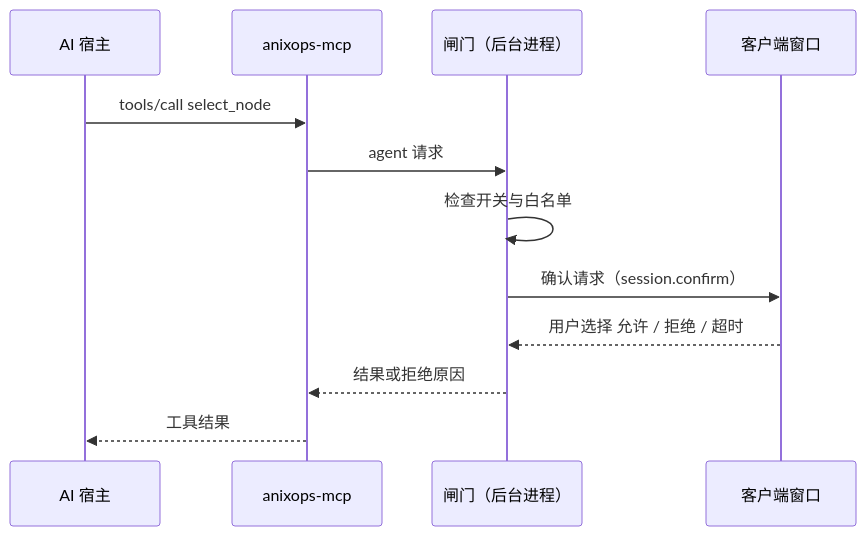
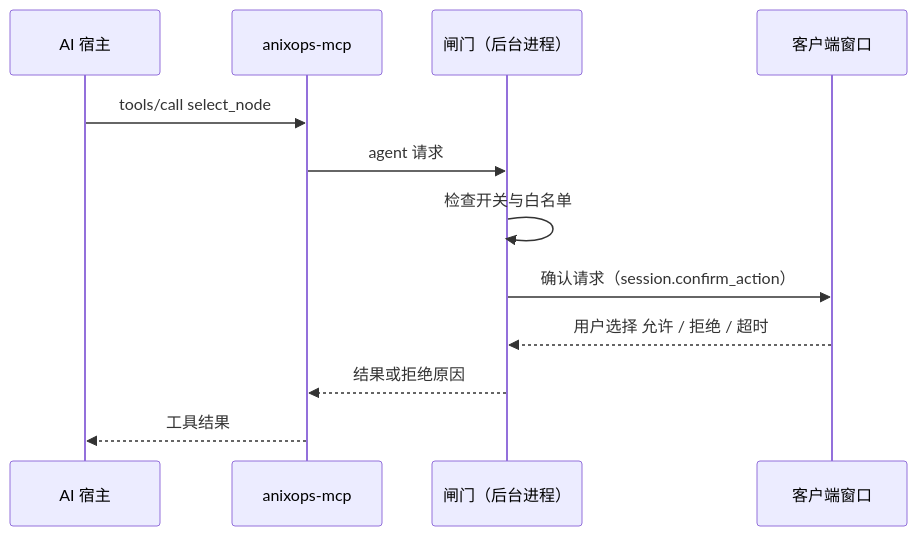
One commit to AnixOps/anixops-net changed the second of 2 diagrams in docs/mcp-desktop.md. Above: the diagram before and after it, drawn with Mermaid. The commit also changed other lines of this file and 13 other files, not shown here.

````diff
--- a/docs/mcp-desktop.md
+++ b/docs/mcp-desktop.md
@@ -153,14 +153,14 @@
 ```mermaid
 sequenceDiagram
     participant H as AI 宿主
     participant M as anixops-mcp
     participant G as 闸门（后台进程）
     participant W as 客户端窗口
     H->>M: tools/call select_node
     M->>G: agent 请求
     G->>G: 检查开关与白名单
-    G->>W: 确认请求（session.confirm）
+    G->>W: 确认请求（session.confirm_action）
     W-->>G: 用户选择 允许 / 拒绝 / 超时
     G-->>M: 结果或拒绝原因
     M-->>H: 工具结果
 ```
````
